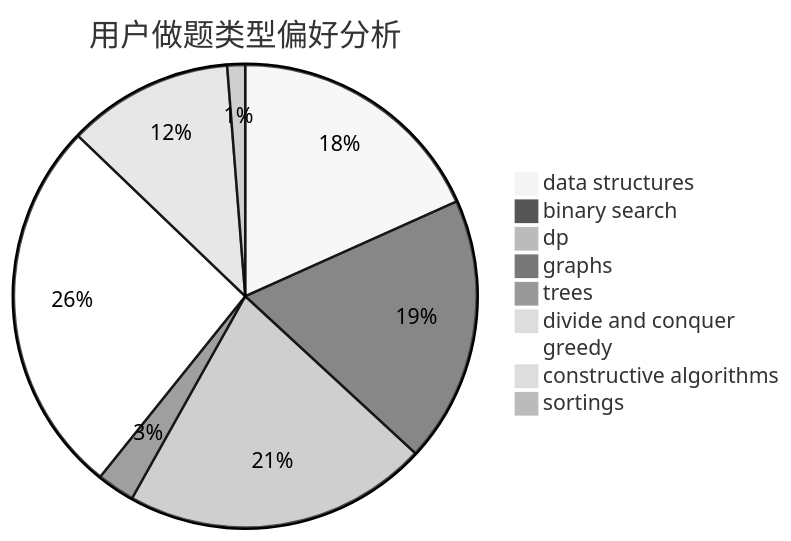
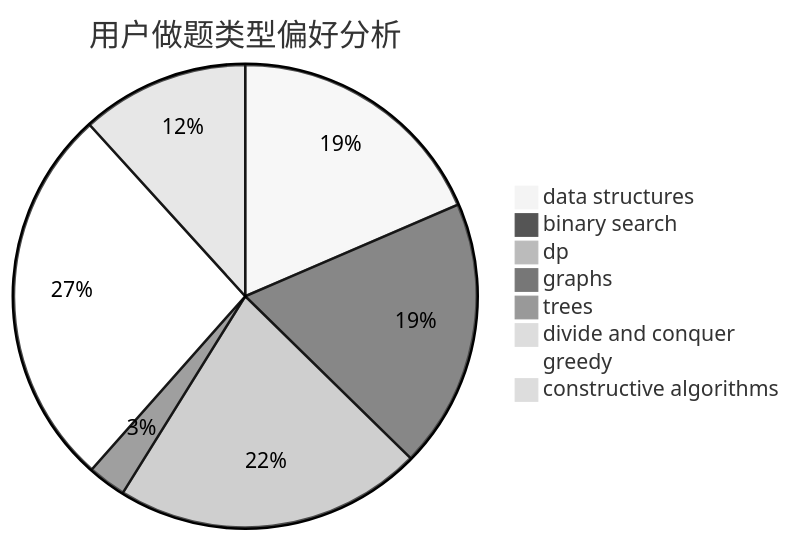
The second of 3 diagrams in docs/user/u2312.md (sherpahu/cfrs.github.io), drawn with Mermaid (neutral theme) before and after one commit. The commit also changed other lines of this file and 2769 other files, not shown here.

````diff
--- a/docs/user/u2312.md
+++ b/docs/user/u2312.md
@@ -18,12 +18,11 @@
 ```mermaid
 pie title 用户做题类型偏好分析
     "data structures" :  395
     "binary search" :  401
     "dp" :  459
     "graphs" :  57
     "trees" :  0
     "divide and conquer" :  0
     "greedy" :  570
     "constructive algorithms" :  250
-    "sortings" :  27
 ```
````
